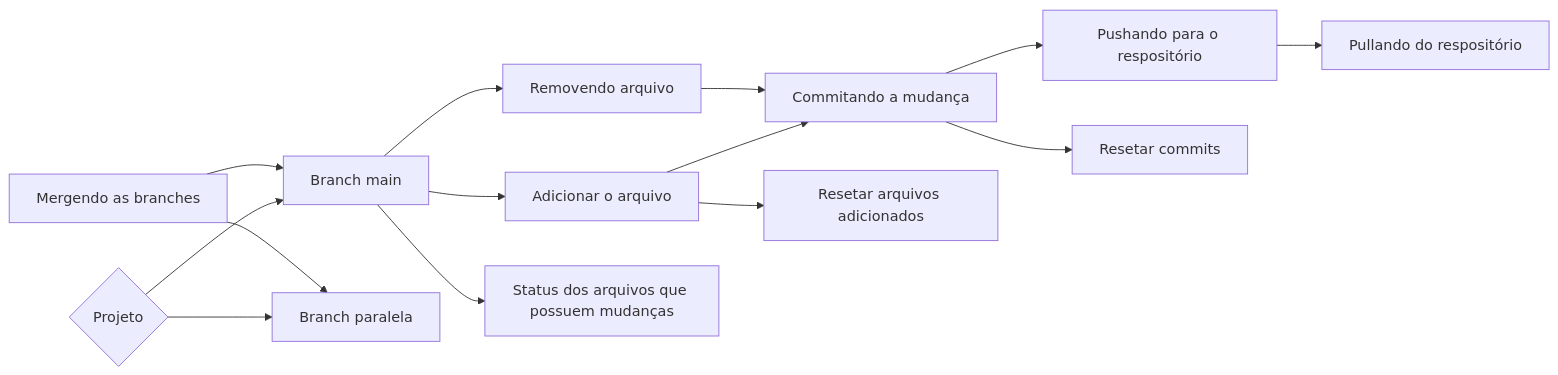
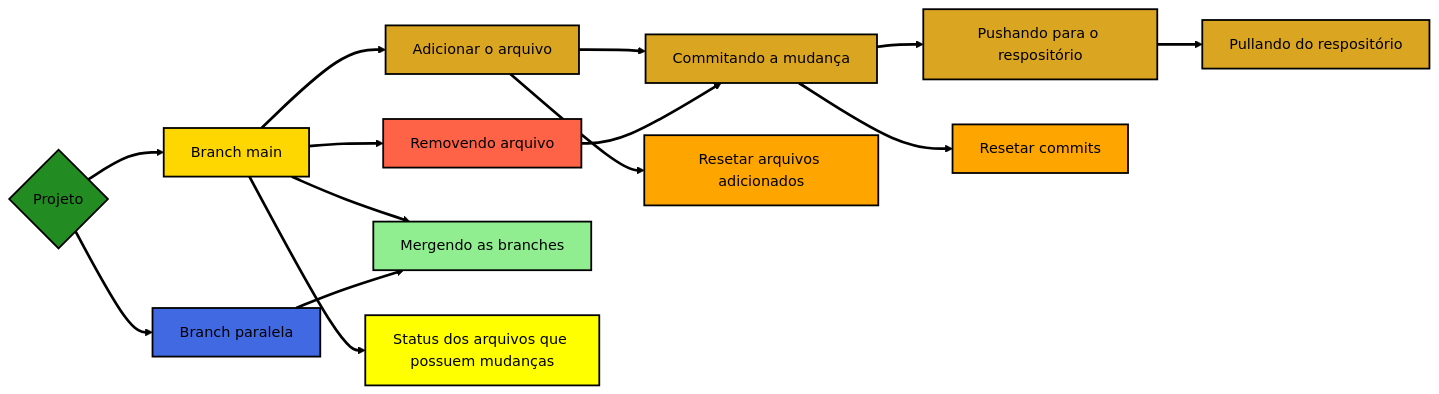
One commit to Edbbioeco/conectar_github_rstudio changed the diagram in README.md. Above: the diagram before and after it, drawn with Mermaid.

````diff
--- a/README.md
+++ b/README.md
@@ -29,16 +29,29 @@
 ``` mermaid
 flowchart LR
   A{Projeto} --> B[Branch main] 
   A --> C[Branch paralela]
   B --> D[Adicionar o arquivo]
   D --> E[Commitando a mudança]
   E --> F[Pushando para o respositório]
   F --> G[Pullando do respositório]
   H[Removendo arquivo] --> E
   D --> I[Resetar arquivos adicionados]
   E --> J[Resetar commits]
   B --> H
-  k[Mergendo as branches] --> B
-  k[Mergendo as branches] --> C
+  B --> K[Mergendo as branches]
+  C --> K[Mergendo as branches]
   B --> L[Status dos arquivos que possuem mudanças]
+  style A fill:forestgreen, color:black, stroke:black, stroke-width:2px
+  style B fill:gold, color:black, stroke:black, stroke-width:2px
+  style C fill:royalblue, color:black, stroke:black, stroke-width:2px
+  style D fill:goldenrod, color:black, stroke:black, stroke-width:2px
+  style E fill:goldenrod, color:black, stroke:black, stroke-width:2px
+  style F fill:goldenrod, color:black, stroke:black, stroke-width:2px
+  style G fill:goldenrod, color:black, stroke:black, stroke-width:2px
+  style H fill:tomato, color:black, stroke:black, stroke-width:2px
+  style I fill:orange, color:black, stroke:black, stroke-width:2px
+  style J fill:orange, color:black, stroke:black, stroke-width:2px
+  style K fill:lightgreen, color:black, stroke:black, stroke-width:2px
+  style L fill:yellow, color:black, stroke:black, stroke-width:2px
+  linkStyle default stroke-width:3px,stroke:black
 ```
````
